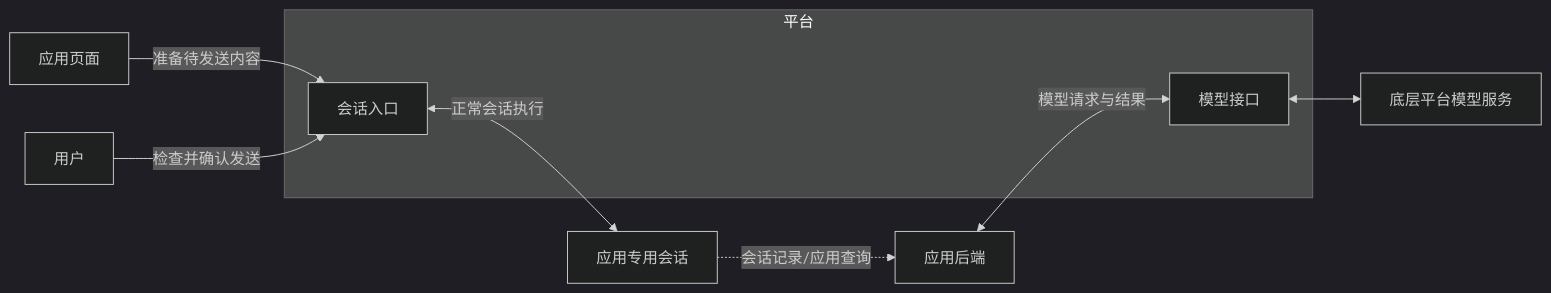
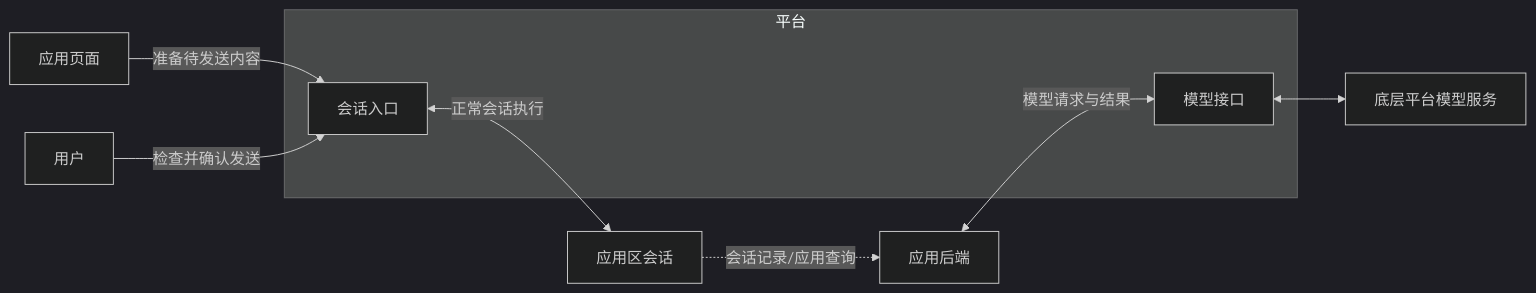
The third of 4 diagrams in docs/architecture/1-总体设计.md (matrix1001/dsh-application-harness), drawn with Mermaid (dark theme) before and after one commit. The commit also changed other lines of this file and 986 other files, not shown here.

````diff
--- a/docs/architecture/1-总体设计.md
+++ b/docs/architecture/1-总体设计.md
@@ -78,18 +80,18 @@
 ```mermaid
 flowchart LR
     A[应用后端]
     F[应用页面]
     U[用户]
     subgraph P[平台]
         M[模型接口]
         H[会话入口]
     end
     L[底层平台模型服务]
-    S[应用专用会话]
+    S[应用区会话]
     A <-->|模型请求与结果| M
     M <--> L
     F -->|准备待发送内容| H
     U -->|检查并确认发送| H
     H <-->|正常会话执行| S
     S -.->|会话记录/应用查询| A
 ```
````
